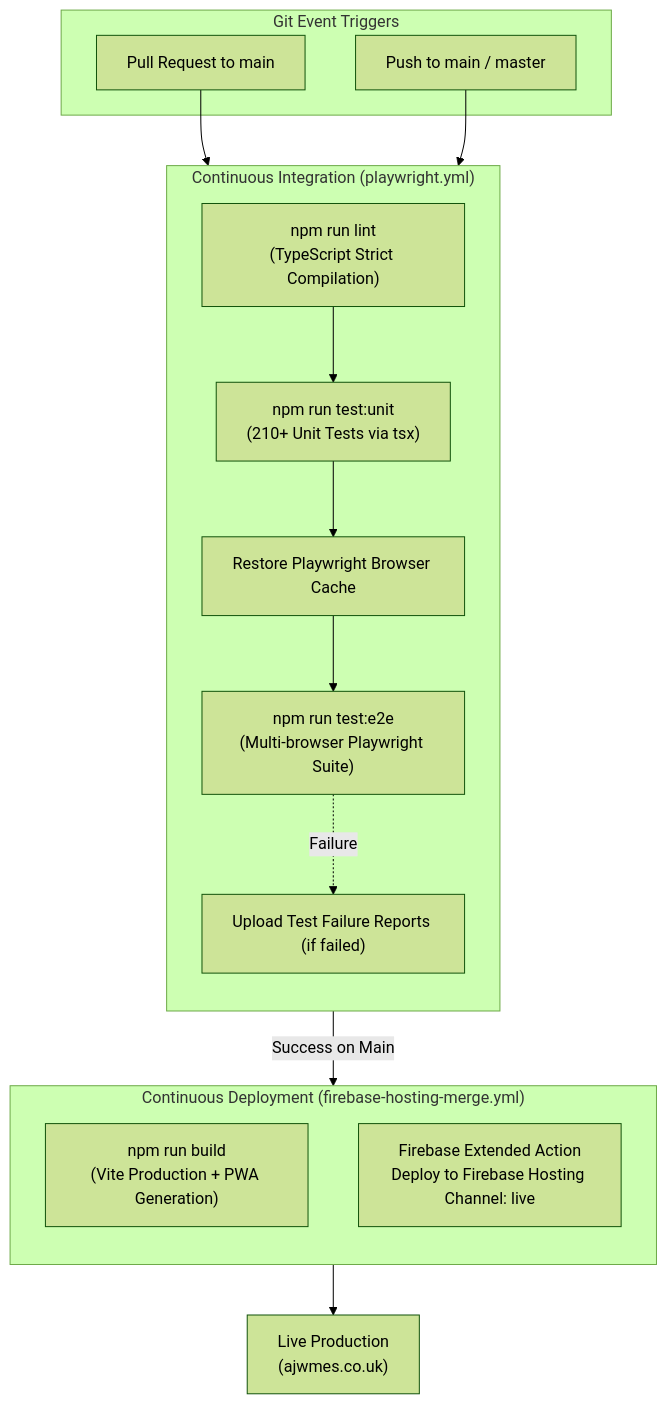
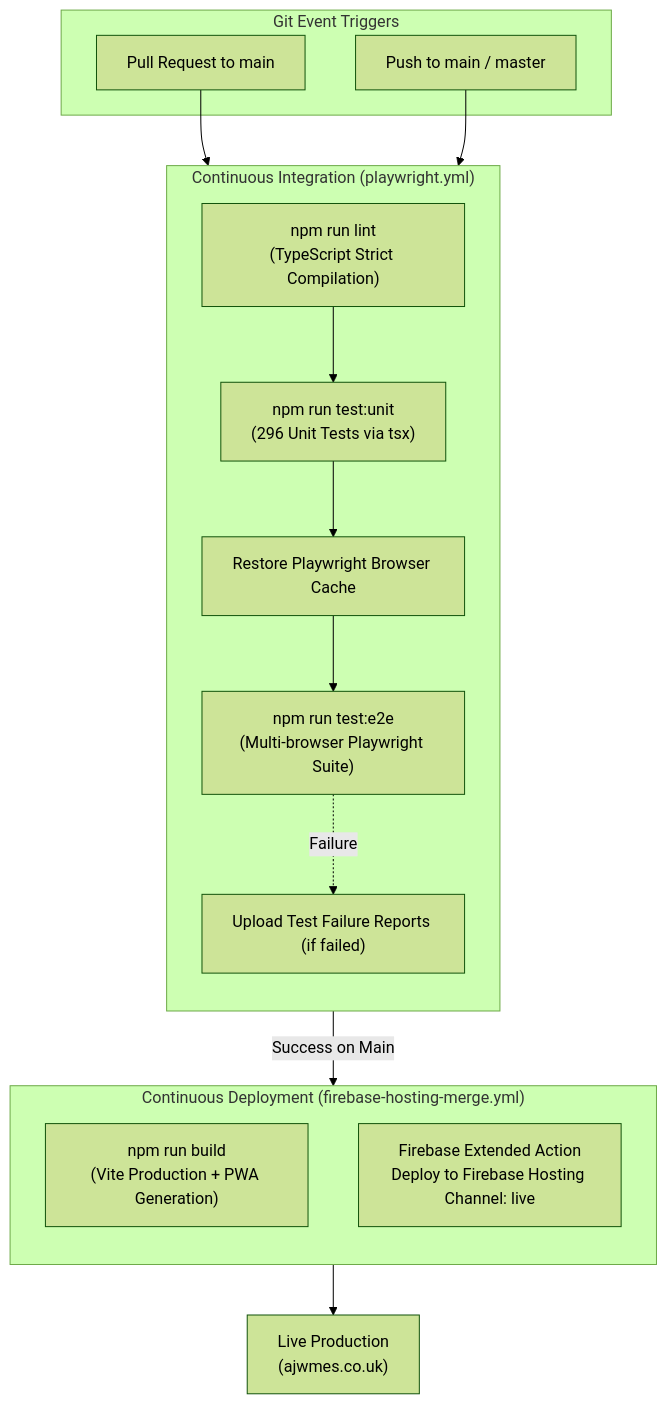
One commit to AnthonyWrather/ajwmes changed the seventh of 7 diagrams in DESIGN.md. Above: the diagram before and after it, drawn with Mermaid (forest theme). The commit also changed other lines of this file and 9 other files, not shown here.

First line of the commit message:
docs: sync AI instructions, documentation metrics, and user journey roadmap (#63)

````diff
--- a/DESIGN.md
+++ b/DESIGN.md
@@ -605,30 +606,30 @@
 ```mermaid
 flowchart TD
     subgraph Trigger["Git Event Triggers"]
         PR["Pull Request to main"]
         PushMain["Push to main / master"]
     end
 
     subgraph CI["Continuous Integration (playwright.yml)"]
         direction TB
         Lint["npm run lint\n(TypeScript Strict Compilation)"]
-        Unit["npm run test:unit\n(210+ Unit Tests via tsx)"]
+        Unit["npm run test:unit\n(296 Unit Tests via tsx)"]
         CachePW["Restore Playwright Browser Cache"]
         E2E["npm run test:e2e\n(Multi-browser Playwright Suite)"]
         Artifacts["Upload Test Failure Reports (if failed)"]
         
         Lint --> Unit --> CachePW --> E2E
         E2E -. Failure .-> Artifacts
     end
 
     subgraph CD["Continuous Deployment (firebase-hosting-merge.yml)"]
         direction TB
         Build["npm run build\n(Vite Production + PWA Generation)"]
         Deploy["Firebase Extended Action\nDeploy to Firebase Hosting Channel: live"]
     end
 
     PR --> CI
     PushMain --> CI
     CI -- Success on Main --> CD
     CD --> LiveProd["Live Production\n(ajwmes.co.uk)"]
 ```
````
